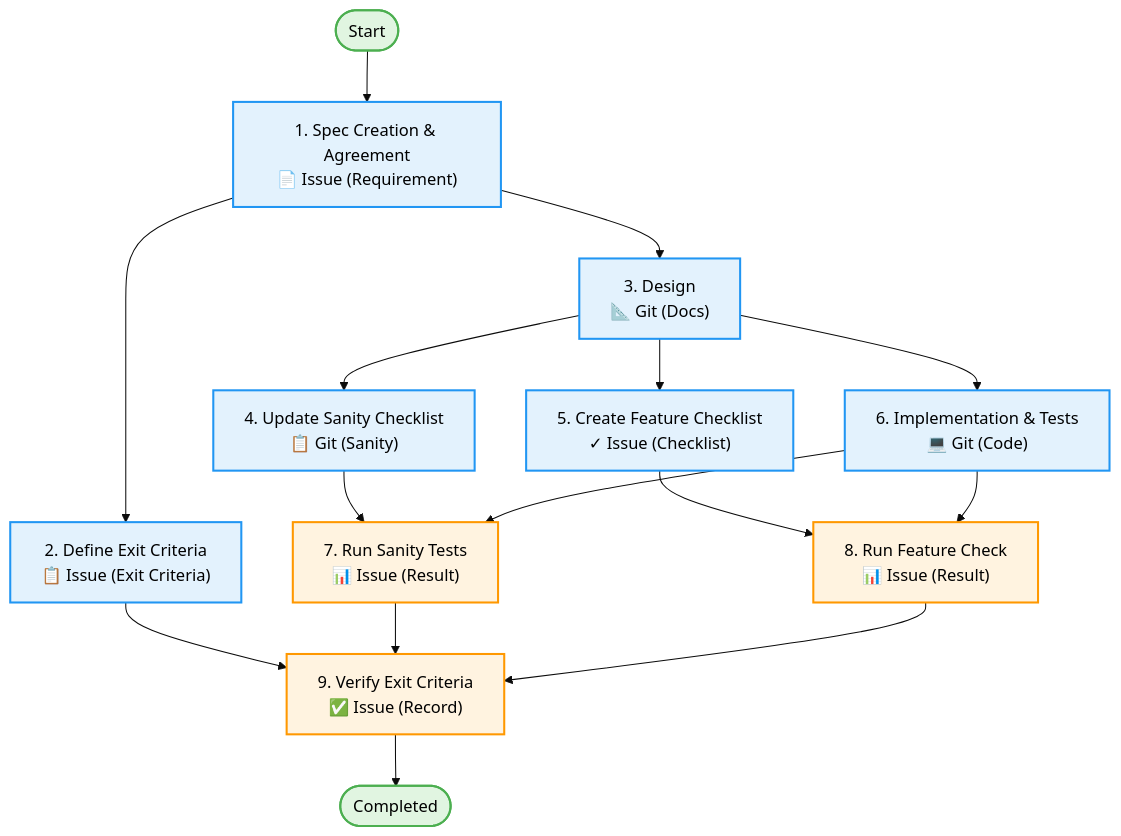
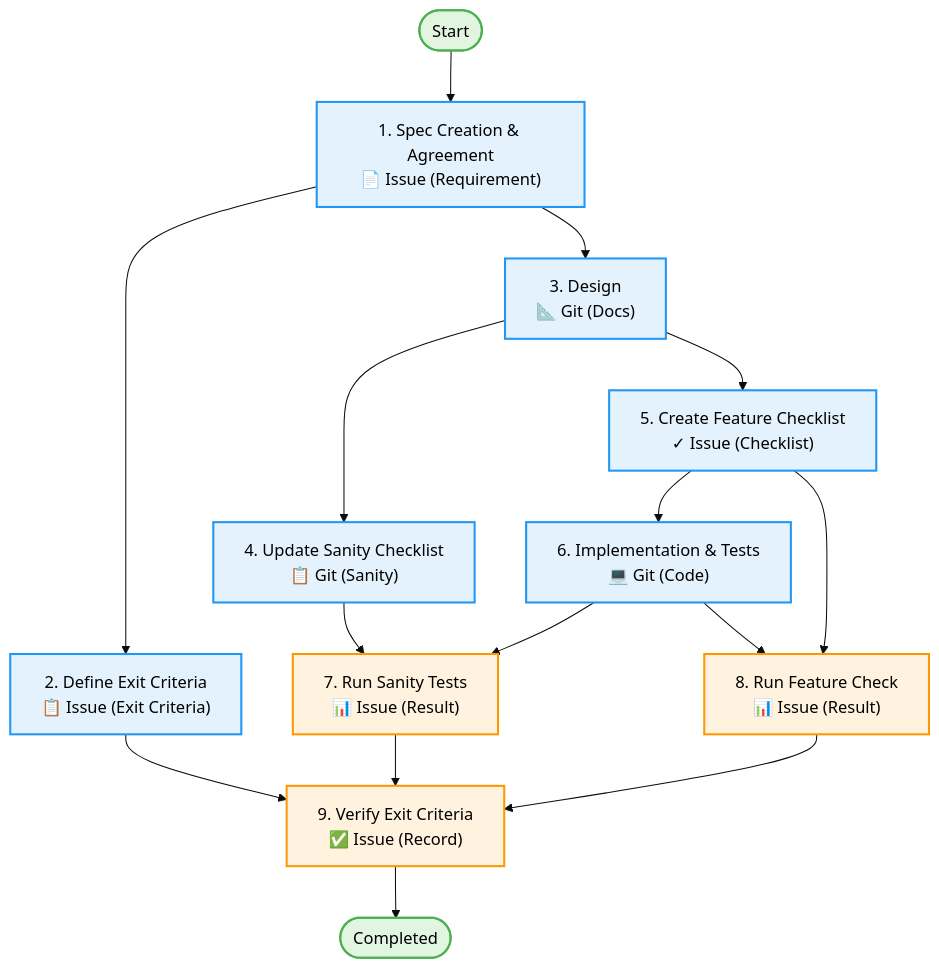
One commit to LongbowXXX/terraformer changed the second of 4 diagrams in knowledge/workflows/workflow.md. Above: the diagram before and after it, drawn with Mermaid (base theme). The commit also changed other lines of this file, not shown here.

````diff
--- a/knowledge/workflows/workflow.md
+++ b/knowledge/workflows/workflow.md
@@ -106,26 +106,26 @@
 ```mermaid
 graph TD
     Start([Start]) --> T1
     T1["1. Spec Creation & Agreement<br/>📄 Issue (Requirement)"] --> T2
     T1 --> T3
     T2["2. Define Exit Criteria<br/>📋 Issue (Exit Criteria)"] --> T9
     T3["3. Design<br/>📐 Git (Docs)"] --> T4
     T3 --> T5
-    T3 --> T6
+    T5 --> T6
     T4["4. Update Sanity Checklist<br/>📋 Git (Sanity)"] --> T7
     T5["5. Create Feature Checklist<br/>✓ Issue (Checklist)"] --> T8
     T6["6. Implementation & Tests<br/>💻 Git (Code)"] --> T7
     T6 --> T8
     T7["7. Run Sanity Tests<br/>📊 Issue (Result)"] --> T9
     T8["8. Run Feature Check<br/>📊 Issue (Result)"] --> T9
     T9["9. Verify Exit Criteria<br/>✅ Issue (Record)"] --> End
     End([Completed])
 
     classDef startEnd fill:#e1f5e1,stroke:#4caf50,stroke-width:2px,color:#000
     classDef task fill:#e3f2fd,stroke:#2196f3,stroke-width:2px,color:#000
     classDef check fill:#fff3e0,stroke:#ff9800,stroke-width:2px,color:#000
 
     class Start,End startEnd
     class T1,T2,T3,T4,T5,T6 task
     class T7,T8,T9 check
 ```
````
